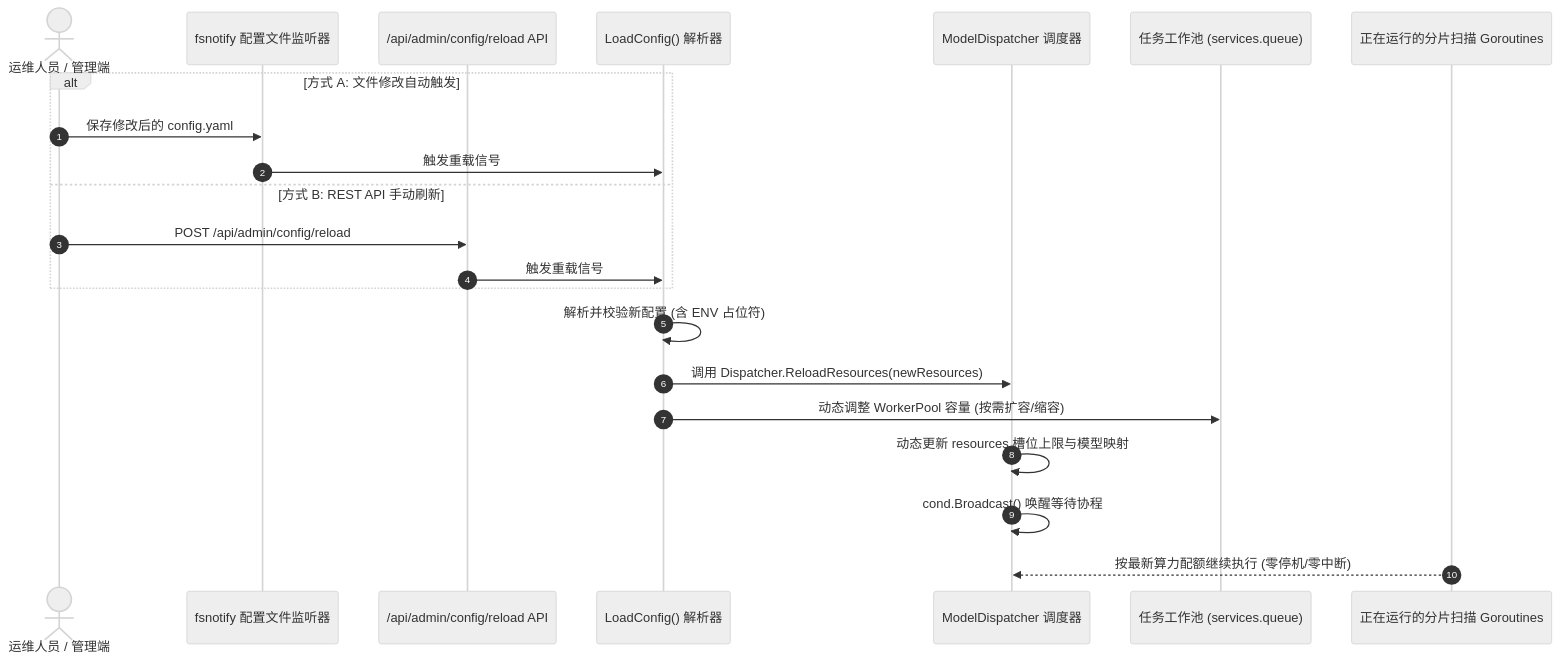
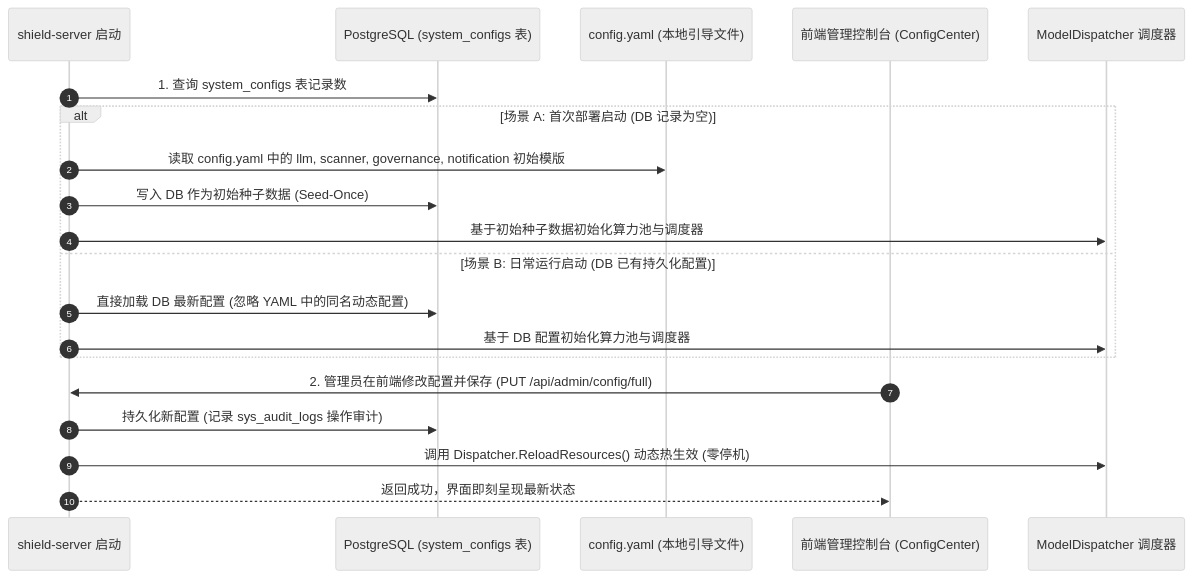
Before and after one commit to fugui/code-shield: the second of 2 diagrams in docs/native-llm-architecture/02-CodeShield-AI执行引擎与企业治理配置架构优化设计.md, drawn with Mermaid (neutral theme). The commit also changed other lines of this file, not shown here.

Commit message:
docs: 完善动态配置中心设计，补充数据库持久化、Seed-Once机制与Web控制台规范

````diff
--- a/docs/native-llm-architecture/02-CodeShield-AI执行引擎与企业治理配置架构优化设计.md
+++ b/docs/native-llm-architecture/02-CodeShield-AI执行引擎与企业治理配置架构优化设计.md
@@ -378,26 +73,24 @@
 ```mermaid
 sequenceDiagram
     autonumber
-    actor Admin as 运维人员 / 管理端
-    participant Watcher as fsnotify 配置文件监听器
-    participant AdminAPI as /api/admin/config/reload API
-    participant Loader as LoadConfig() 解析器
+    participant Server as shield-server 启动
+    participant DB as PostgreSQL (system_configs 表)
+    participant YAML as config.yaml (本地引导文件)
+    participant AdminUI as 前端管理控制台 (ConfigCenter)
     participant Dispatcher as ModelDispatcher 调度器
-    participant WorkerPool as 任务工作池 (services.queue)
-    participant Workers as 正在运行的分片扫描 Goroutines
 
-    alt 方式 A: 文件修改自动触发
-        Admin->>Watcher: 保存修改后的 config.yaml
-        Watcher->>Loader: 触发重载信号
-    else 方式 B: REST API 手动刷新
-        Admin->>AdminAPI: POST /api/admin/config/reload
-        AdminAPI->>Loader: 触发重载信号
+    Server->>DB: 1. 查询 system_configs 表记录数
+    alt 场景 A: 首次部署启动 (DB 记录为空)
+        Server->>YAML: 读取 config.yaml 中的 llm, scanner, governance, notification 初始模版
+        Server->>DB: 写入 DB 作为初始种子数据 (Seed-Once)
+        Server->>Dispatcher: 基于初始种子数据初始化算力池与调度器
+    else 场景 B: 日常运行启动 (DB 已有持久化配置)
+        Server->>DB: 直接加载 DB 最新配置 (忽略 YAML 中的同名动态配置)
+        Server->>Dispatcher: 基于 DB 配置初始化算力池与调度器
     end
 
-    Loader->>Loader: 解析并校验新配置 (含 ENV 占位符)
-    Loader->>Dispatcher: 调用 Dispatcher.ReloadResources(newResources)
-    Loader->>WorkerPool: 动态调整 WorkerPool 容量 (按需扩容/缩容)
-    Dispatcher->>Dispatcher: 动态更新 resources 槽位上限与模型映射
-    Dispatcher->>Dispatcher: cond.Broadcast() 唤醒等待协程
-    Workers-->>Dispatcher: 按最新算力配额继续执行 (零停机/零中断)
+    AdminUI->>Server: 2. 管理员在前端修改配置并保存 (PUT /api/admin/config/full)
+    Server->>DB: 持久化新配置 (记录 sys_audit_logs 操作审计)
+    Server->>Dispatcher: 调用 Dispatcher.ReloadResources() 动态热生效 (零停机)
+    Server-->>AdminUI: 返回成功，界面即刻呈现最新状态
 ```
````
